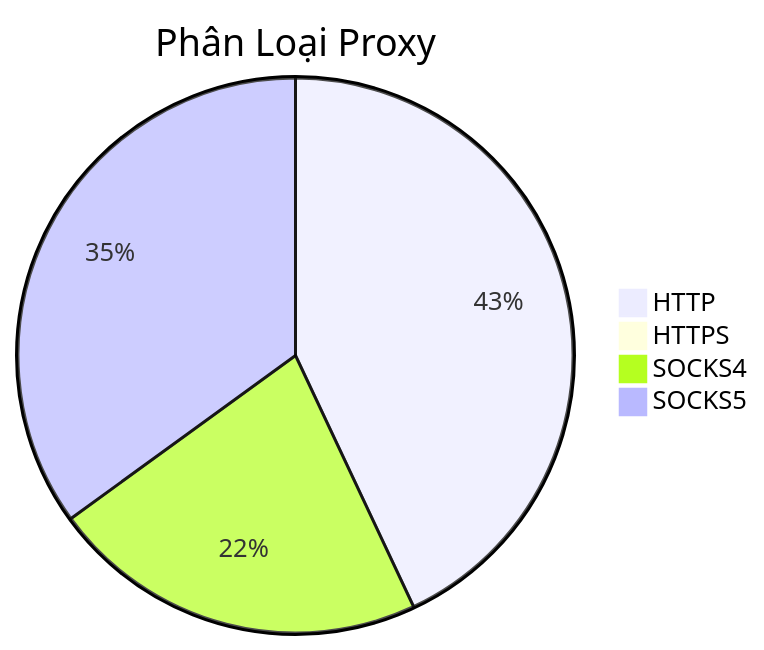
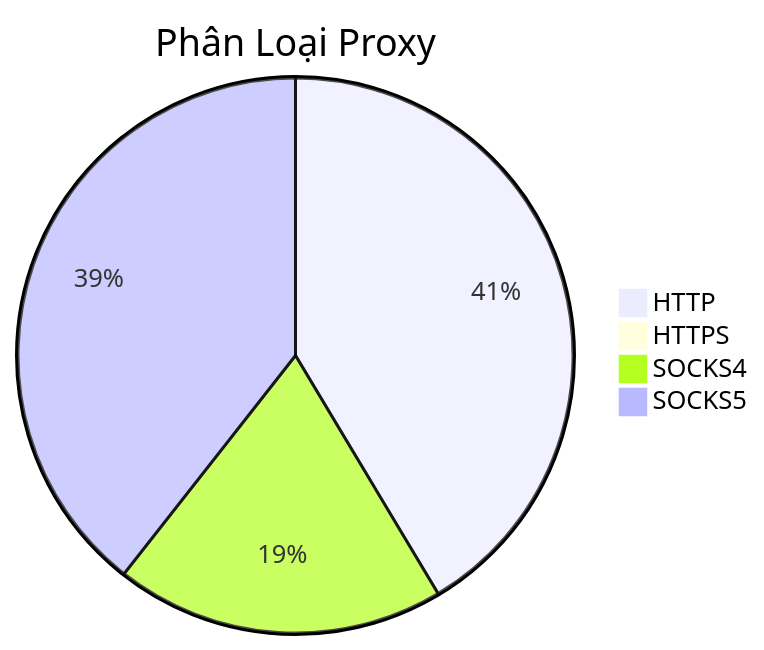
Before and after one commit to Ciara-12/PROXY-free: the diagram in README.md, drawn with Mermaid. The commit also changed other lines of this file and 3 other files, not shown here.

````diff
--- a/README.md
+++ b/README.md
@@ -26,7 +26,7 @@
 ```mermaid
 pie title Phân Loại Proxy
-    "HTTP" : 698
+    "HTTP" : 639
     "HTTPS" : 0
-    "SOCKS4" : 357
-    "SOCKS5" : 568
+    "SOCKS4" : 296
+    "SOCKS5" : 608
 ```
````
